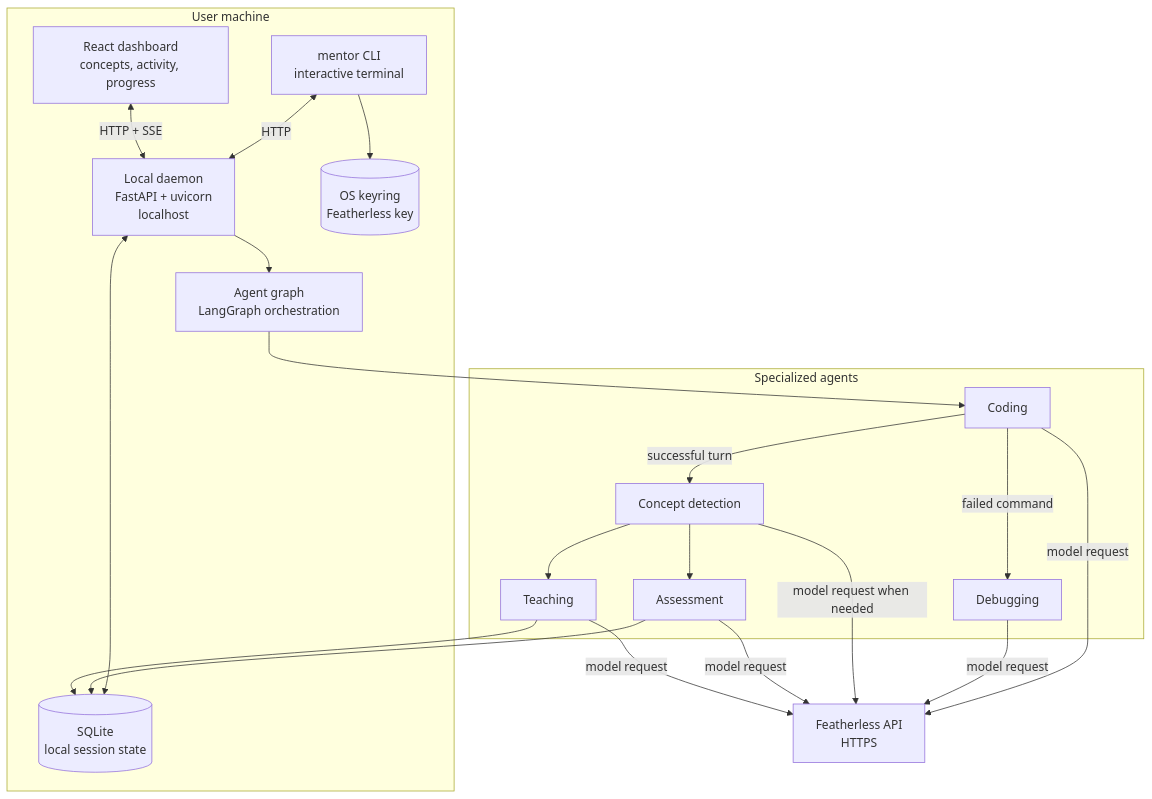
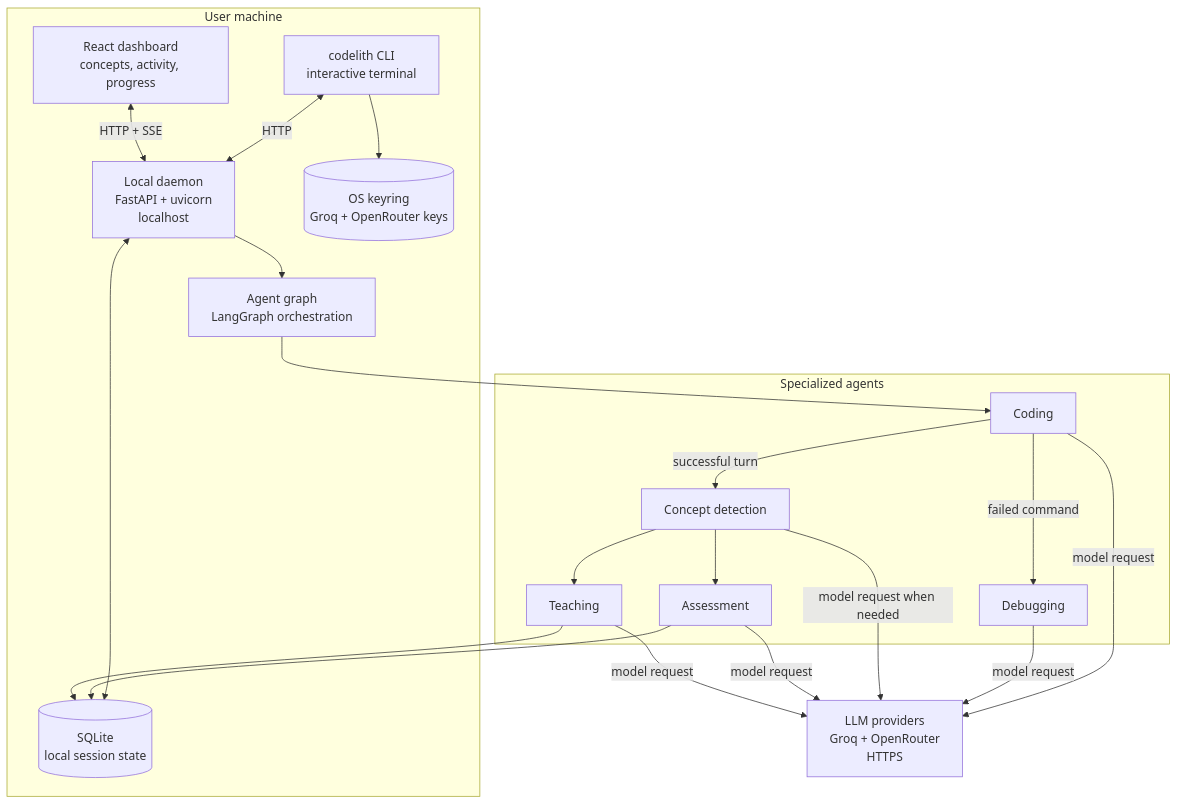
One commit to MakersNeedMore-MnM/Round2-himanibagale changed the second of 2 diagrams in README.md. Above: the diagram before and after it, drawn with Mermaid. The commit also changed other lines of this file, not shown here.

````diff
--- a/README.md
+++ b/README.md
@@ -107,37 +107,37 @@
 ```mermaid
 flowchart TB
     subgraph Local[User machine]
-        CLI[mentor CLI<br/>interactive terminal]
+        CLI[codelith CLI<br/>interactive terminal]
         UI[React dashboard<br/>concepts, activity, progress]
         D[Local daemon<br/>FastAPI + uvicorn<br/>localhost]
         G[Agent graph<br/>LangGraph orchestration]
         DB[(SQLite<br/>local session state)]
-        K[(OS keyring<br/>Featherless key)]
+        K[(OS keyring<br/>Groq + OpenRouter keys)]
         CLI <-->|HTTP| D
         UI <-->|HTTP + SSE| D
         D --> G
         D <--> DB
         CLI --> K
     end
 
     subgraph Agents[Specialized agents]
         C[Coding]
         X[Concept detection]
         R[Debugging]
         A[Assessment]
         T[Teaching]
     end
 
     G --> C
     C -->|failed command| R
     C -->|successful turn| X
     X --> A
     X --> T
     A --> DB
     T --> DB
-    C -->|model request| LLM[Featherless API<br/>HTTPS]
+    C -->|model request| LLM[LLM providers<br/>Groq + OpenRouter<br/>HTTPS]
     R -->|model request| LLM
     X -->|model request when needed| LLM
     A -->|model request| LLM
     T -->|model request| LLM
 ```
````
